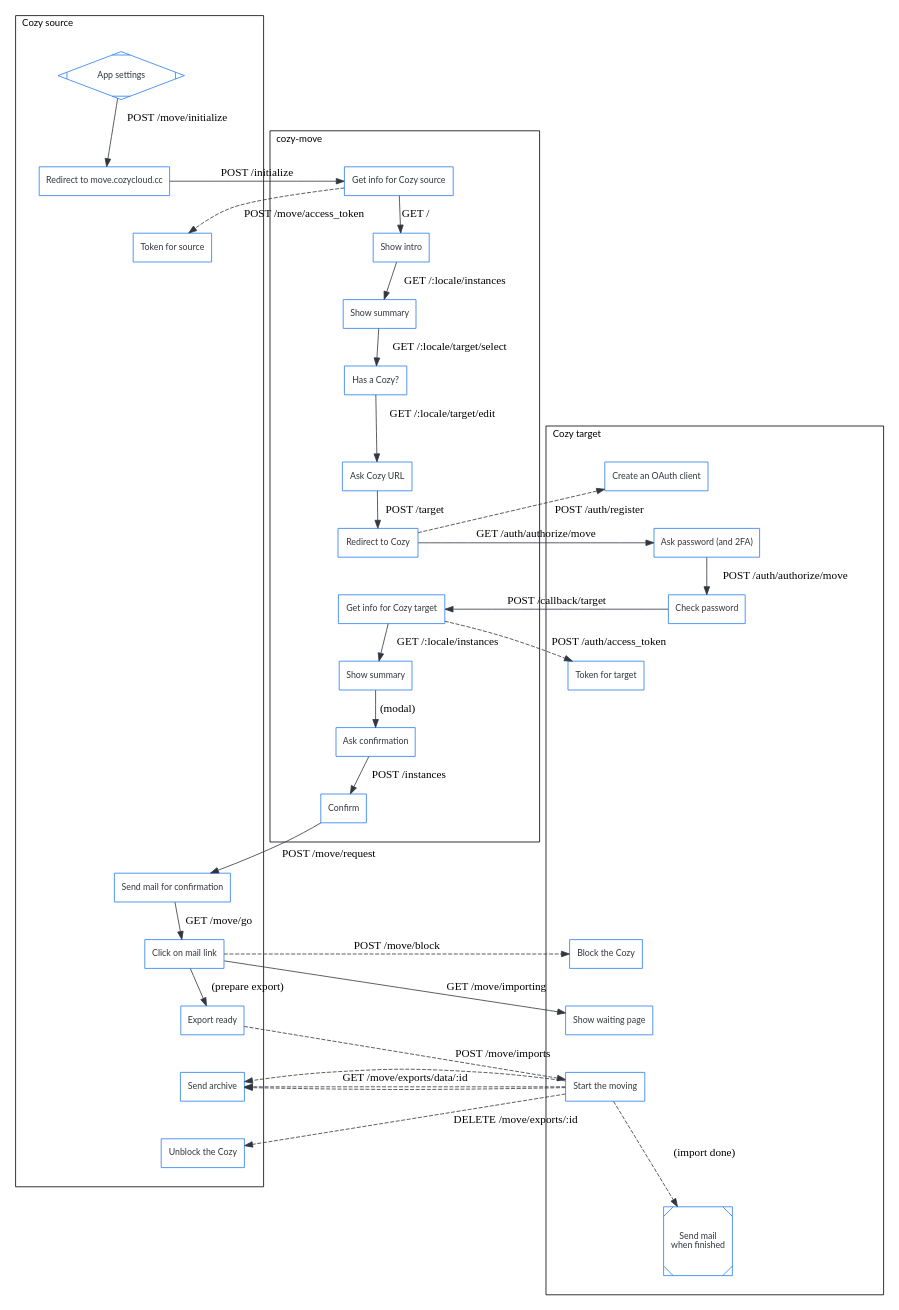
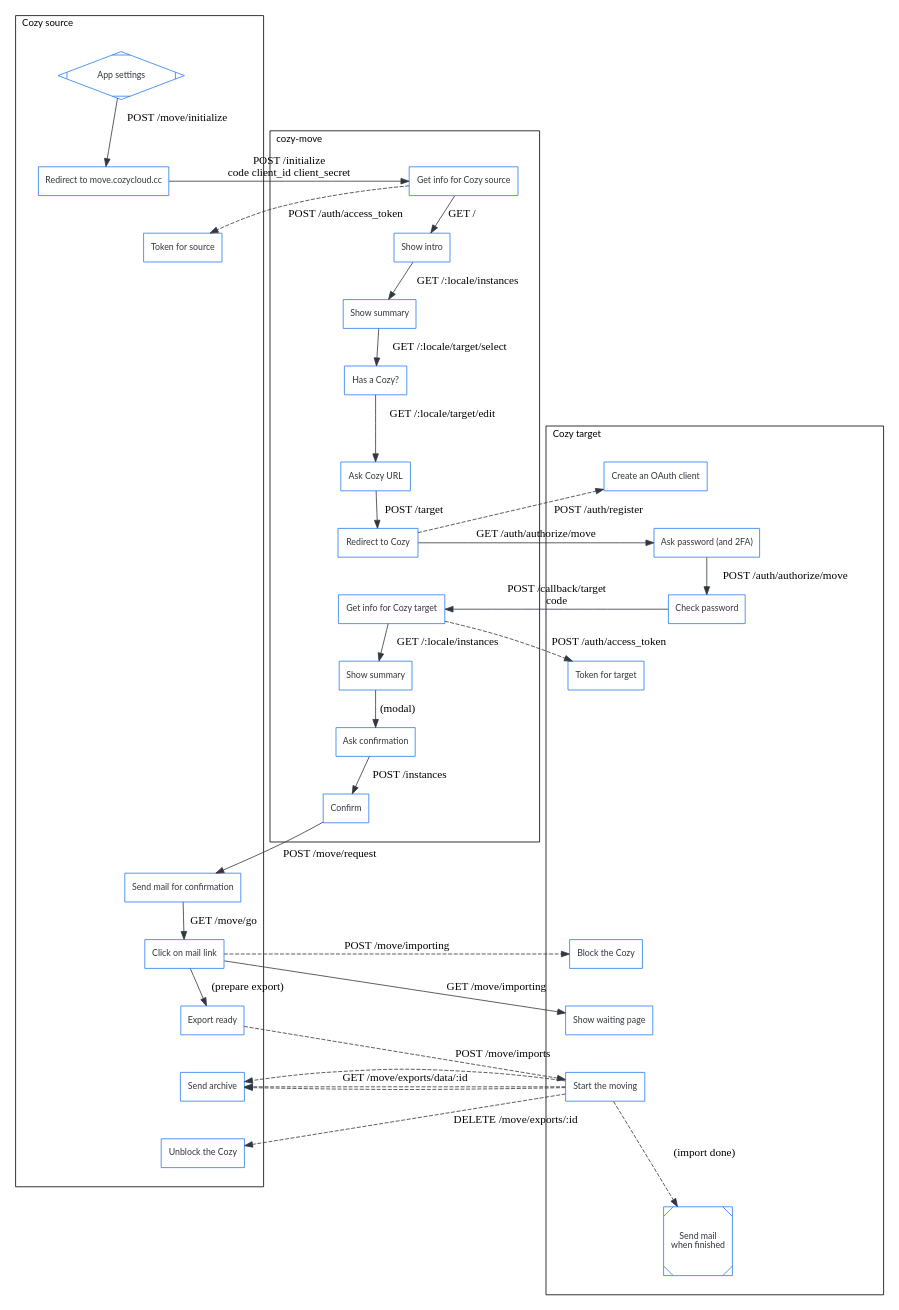
One commit to cozy/cozy-move changed the diagram in docs/from-settings.gv. Above: the diagram before and after it, drawn with Graphviz. The commit also changed 6 other files, not shown here.

```diff
--- a/docs/from-settings.gv
+++ b/docs/from-settings.gv
@@ -1,87 +1,87 @@
 digraph bitwarden {
 	graph [splines=true];
 	node [shape="box", fontname="lato", fontsize=11, margin=0.12, color="#297EF2", fontcolor="#32363F"];
 	edge [color="#32363F"];
 	ranksep=0.45; nodesep=1.5;
 
 	subgraph cluster_source {
 		label="Cozy source"; labeljust="l"; fontname="lato"; fontsize=12; margin=24; rankdir=TB;
 		s_settings [label="App settings"; shape="Mdiamond"]
 		s_start [label="Redirect to move.cozycloud.cc"]
 		s_token [label="Token for source"]
 		s_confirm [label="Send mail for confirmation"]
 		s_mail [label="Click on mail link"]
 		s_ready [label="Export ready"]
 		s_data [label="Send archive"]
 		s_unblock [label="Unblock the Cozy"]
 		s_fake_1, s_fake_2, s_fake_3, s_fake_4, s_fake_5, s_fake_6, s_fake_7, s_fake_8 [style="invis"]
 	}
 
 	subgraph cluster_move {
 		label="cozy-move"; labeljust="l"; fontname="lato"; fontsize=12; margin=24;
 		m_source [label="Get info for Cozy source"]
 		m_intro [label="Show intro"]
 		m_index_1 [label="Show summary"]
 		m_select [label="Has a Cozy?"]
 		m_edit [label="Ask Cozy URL"]
 		m_post [label="Redirect to Cozy"]
 		m_target [label="Get info for Cozy target"]
 		m_index_2 [label="Show summary"]
 		m_warning [label="Ask confirmation"]
 		m_confirm [label="Confirm"]
 	}
 
 	subgraph cluster_target {
 		label="Cozy target"; labeljust="l"; fontname="lato"; fontsize=12; margin=24;
 		t_register [label="Create an OAuth client"]
 		t_export [label="Ask password (and 2FA)"]
 		t_export_2 [label="Check password"]
 		t_token [label="Token for target"]
 		t_block [label="Block the Cozy"]
 		t_run [label="Start the moving"]
 		t_wait [label="Show waiting page"]
 		t_done [label="Send mail\nwhen finished"; shape="Msquare"]
 		t_fake_1, t_fake_2, t_fake_3, t_fake_4 [style="invis"]
 	}
 
 	// User
 	s_settings -> s_start [label="POST /move/initialize"]
-	s_start -> m_source [label="POST /initialize"]
+	s_start -> m_source [label="POST /initialize\ncode client_id client_secret"]
 	m_source -> m_intro [label="GET /"]
 	m_intro -> m_index_1 [label="GET /:locale/instances"]
 	m_index_1 -> m_select [label="GET /:locale/target/select"]
 	m_select -> m_edit [label="GET /:locale/target/edit"]
 	m_edit -> m_post [label="POST /target"]
 	m_post -> t_export [label="GET /auth/authorize/move"]
 	t_export -> t_export_2 [label="POST /auth/authorize/move"]
-	t_export_2 -> m_target [label="POST /callback/target"]
+	t_export_2 -> m_target [label="POST /callback/target\ncode"]
 	m_target -> m_index_2 [label="GET /:locale/instances"]
 	m_index_2 -> m_warning [label="(modal)"]
 	m_warning -> m_confirm [label="POST /instances"]
 	m_confirm -> s_confirm [label="POST /move/request"]
 	s_confirm -> s_mail [label="GET /move/go"]
 	s_mail -> t_wait [label="GET /move/importing"]
 
 	// Server to server
-	m_source -> s_token [label="POST /move/access_token"; style="dashed"]
+	m_source -> s_token [label="POST /auth/access_token"; style="dashed"]
 	m_post -> t_register [label="POST /auth/register"; style="dashed"]
 	m_target -> t_token [label="POST /auth/access_token"; style="dashed"]
-	s_mail -> t_block [label="POST /move/block"; style="dashed"]
+	s_mail -> t_block [label="POST /move/importing"; style="dashed"]
 	s_mail -> s_ready [label="(prepare export)"]
 	s_ready -> t_run [label="POST /move/imports"; style="dashed"]
 	t_run -> s_data [label="GET /move/exports/data/:id"; style="dashed"]
 	t_run -> s_data [style="dashed"]
 	t_run -> s_data [style="dashed"]
 	t_run -> s_unblock [label="DELETE /move/exports/:id"; style="dashed"]
 	t_run -> t_done [label="(import done)"; style="dashed"]
 
 	// Hidden, just to preserve order between nodes inside clusters
 	s_start -> s_token [style="invis"]
 	s_token -> s_fake_1 -> s_fake_2 -> s_fake_3 -> s_fake_4 -> s_fake_5 -> s_fake_6 -> s_fake_7 -> s_fake_8 -> s_confirm [style="invis"]
 	m_post -> m_target [style="invis"]
 	t_register -> t_export [style="invis"]
 	t_export_2 -> t_token [style="invis"]
 	t_token -> t_fake_1 -> t_fake_2 -> t_fake_3 -> t_block [style="invis"]
 	t_block -> t_wait -> t_run -> t_fake_4 -> t_done [style="invis"]
 	s_ready -> s_data -> s_unblock [style="invis"]
 }
```
